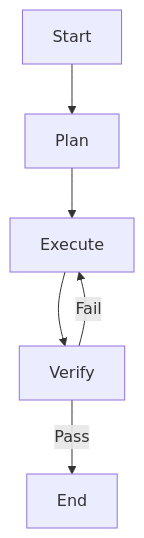
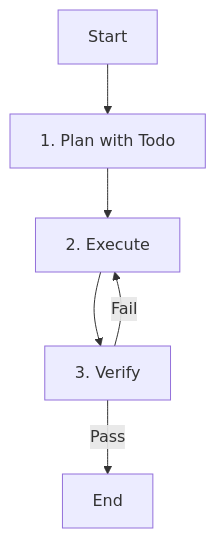
Before and after one commit to ksm0709/dotfiles: the diagram in opencode/config/agent/agent-template.md, drawn with Mermaid. The commit also changed 4 other files, not shown here.

Commit message:
refactor(agent): enforce todo list creation in workflow graphs

````diff
--- a/opencode/config/agent/agent-template.md
+++ b/opencode/config/agent/agent-template.md
@@ -35,8 +35,8 @@
 ```mermaid
 graph TD
-    Start[Start] --> Plan[Plan]
-    Plan --> Execute[Execute]
-    Execute --> Verify[Verify]
+    Start[Start] --> Plan[1. Plan with Todo]
+    Plan --> Execute[2. Execute]
+    Execute --> Verify[3. Verify]
     Verify -- Fail --> Execute
     Verify -- Pass --> End[End]
 ```
````
